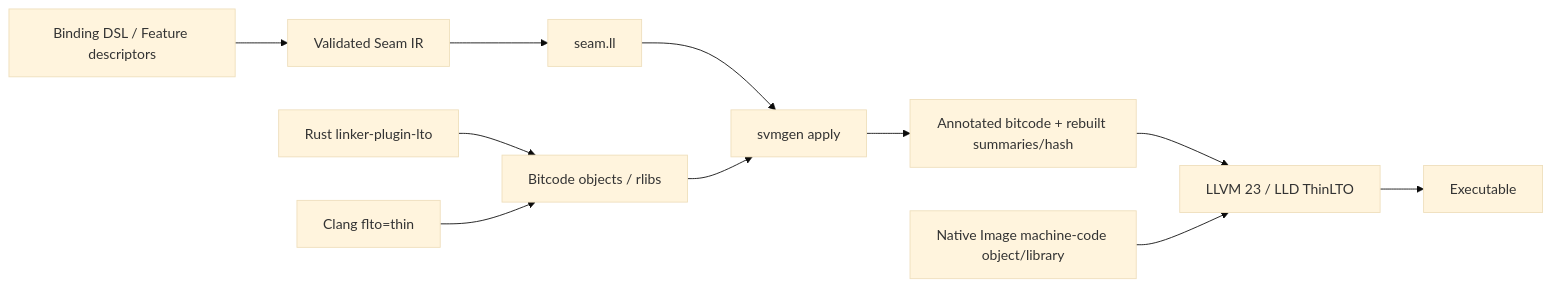
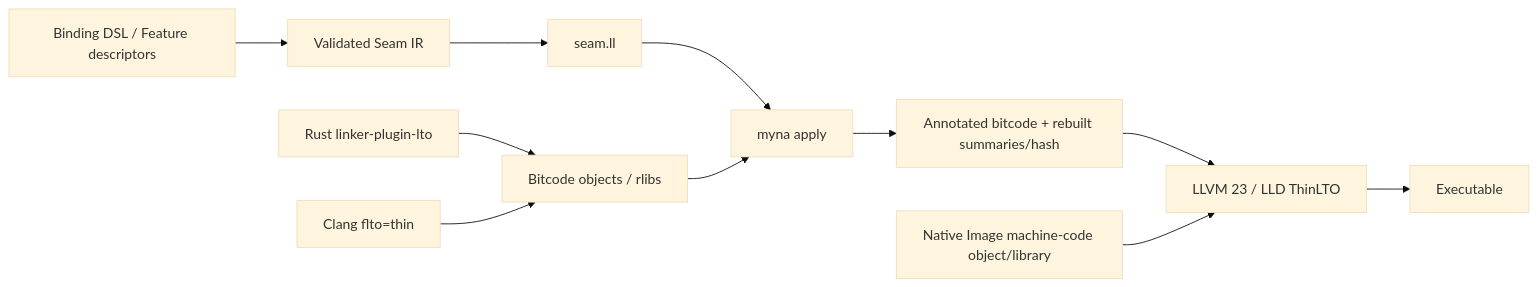
The diagram in docs/thinlto.md (elide-dev/myna), drawn with Mermaid (base theme) before and after one commit. The commit also changed other lines of this file and 81 other files, not shown here.

````diff
--- a/docs/thinlto.md
+++ b/docs/thinlto.md
@@ -5,13 +5,13 @@
 ```mermaid
 flowchart LR
     DSL[Binding DSL / Feature descriptors] --> IR[Validated Seam IR]
     IR --> Contracts[seam.ll]
     Rust[Rust linker-plugin-lto] --> Objects[Bitcode objects / rlibs]
     C[Clang flto=thin] --> Objects
-    Contracts --> Apply[svmgen apply]
+    Contracts --> Apply[myna apply]
     Objects --> Apply
     Apply --> Annotated[Annotated bitcode + rebuilt summaries/hash]
     Annotated --> Link[LLVM 23 / LLD ThinLTO]
     NI[Native Image machine-code object/library] --> Link
     Link --> Binary[Executable]
 ```
````
